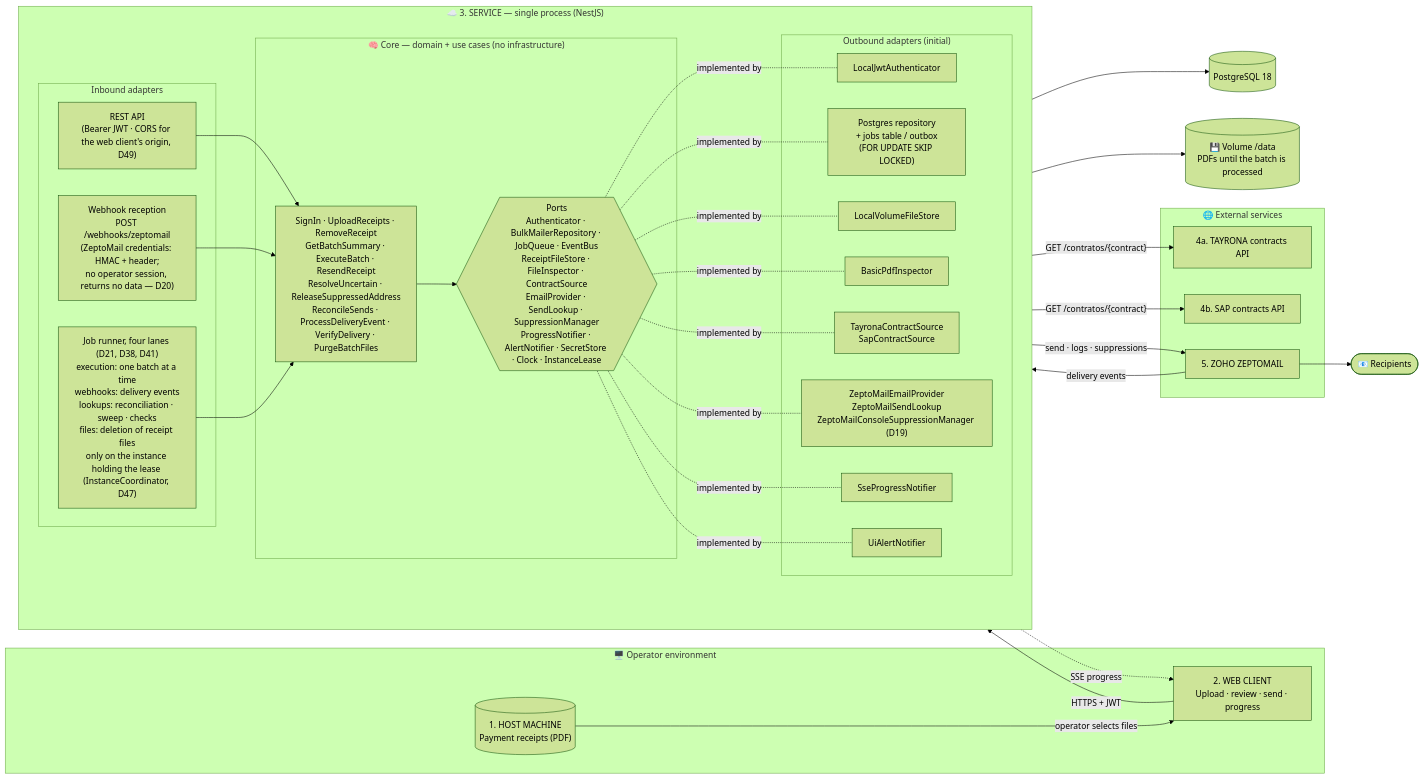
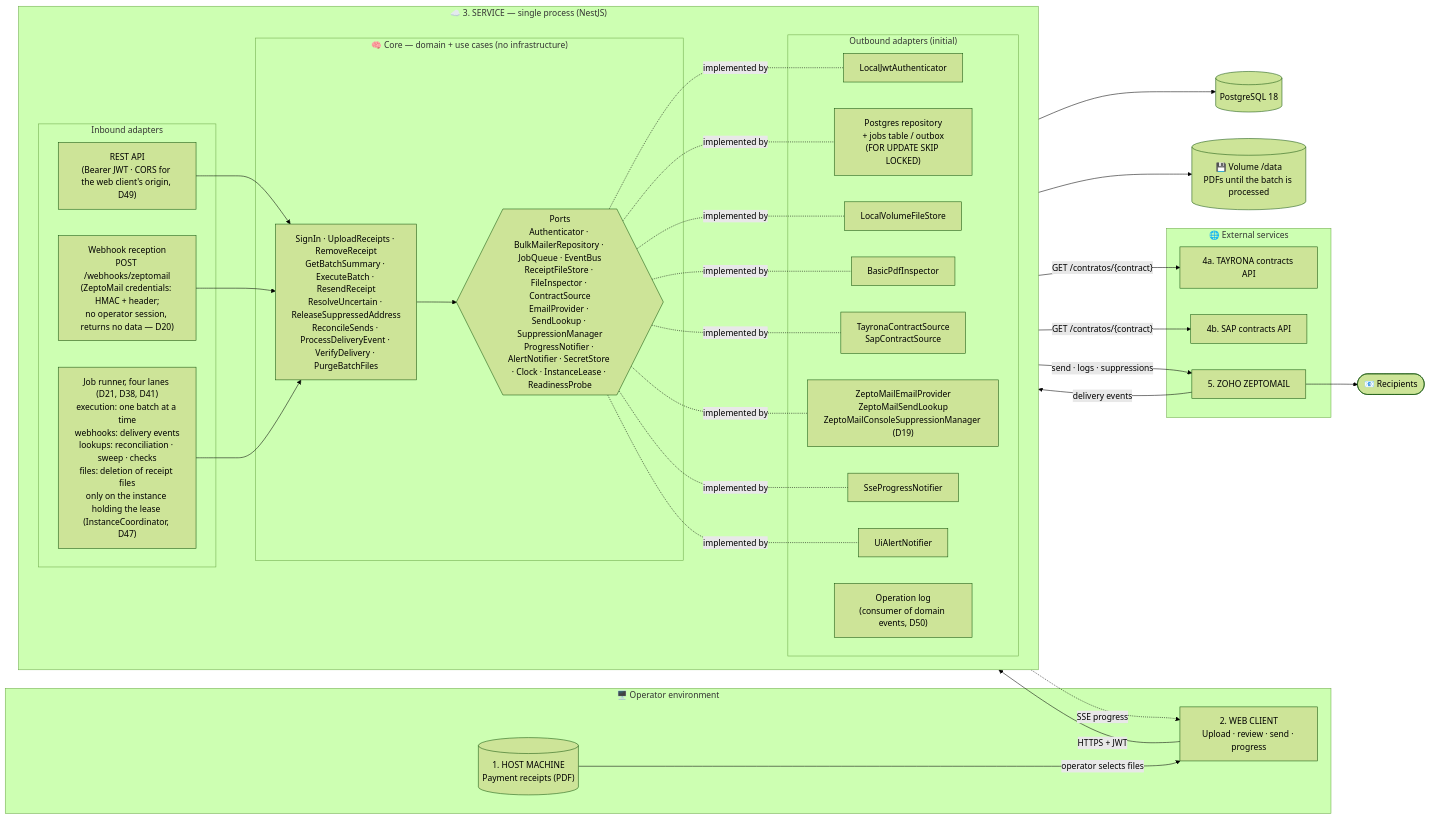
Before and after one commit to Ramioy/bulk-mailer-backend: the first of 6 diagrams in docs/architecture/arquitectura.md, drawn with Mermaid (forest theme). The commit also changed other lines of this file and 3 other files, not shown here.

````diff
--- a/docs/architecture/arquitectura.md
+++ b/docs/architecture/arquitectura.md
@@ -9,54 +9,55 @@
 ```mermaid
 flowchart LR
     subgraph USR["🖥️ Operator environment"]
         HOST[("1. HOST MACHINE<br/>Payment receipts (PDF)")]
         WEB["2. WEB CLIENT<br/>Upload · review · send · progress"]
     end
 
     subgraph SVC["☁️ 3. SERVICE — single process (NestJS)"]
         direction LR
         subgraph IN["Inbound adapters"]
             REST["REST API<br/>(Bearer JWT · CORS for the web client's origin, D49)"]
             WH["Webhook reception<br/>POST /webhooks/zeptomail<br/>(ZeptoMail credentials: HMAC + header;<br/>no operator session, returns no data — D20)"]
             RUN["Job runner, four lanes (D21, D38, D41)<br/>execution: one batch at a time<br/>webhooks: delivery events<br/>lookups: reconciliation · sweep · checks<br/>files: deletion of receipt files<br/>only on the instance holding the lease (InstanceCoordinator, D47)"]
         end
 
         subgraph CORE["🧠 Core — domain + use cases (no infrastructure)"]
             UC["SignIn · UploadReceipts · RemoveReceipt<br/>GetBatchSummary · ExecuteBatch · ResendReceipt<br/>ResolveUncertain · ReleaseSuppressedAddress<br/>ReconcileSends · ProcessDeliveryEvent · VerifyDelivery · PurgeBatchFiles"]
-            PORTS{{"Ports<br/>Authenticator · BulkMailerRepository · JobQueue · EventBus<br/>ReceiptFileStore · FileInspector · ContractSource<br/>EmailProvider · SendLookup · SuppressionManager<br/>ProgressNotifier · AlertNotifier · SecretStore · Clock · InstanceLease"}}
+            PORTS{{"Ports<br/>Authenticator · BulkMailerRepository · JobQueue · EventBus<br/>ReceiptFileStore · FileInspector · ContractSource<br/>EmailProvider · SendLookup · SuppressionManager<br/>ProgressNotifier · AlertNotifier · SecretStore · Clock · InstanceLease · ReadinessProbe"}}
         end
 
         subgraph OUT["Outbound adapters (initial)"]
             A_AUTH["LocalJwtAuthenticator"]
             A_PG["Postgres repository<br/>+ jobs table / outbox<br/>(FOR UPDATE SKIP LOCKED)"]
             A_FS["LocalVolumeFileStore"]
             A_INS["BasicPdfInspector"]
             A_SRC["TayronaContractSource<br/>SapContractSource"]
             A_ZM["ZeptoMailEmailProvider<br/>ZeptoMailSendLookup<br/>ZeptoMailConsoleSuppressionManager (D19)"]
             A_SSE["SseProgressNotifier"]
             A_AL["UiAlertNotifier"]
+            A_LOG["Operation log<br/>(consumer of domain events, D50)"]
         end
     end
 
     PG[("PostgreSQL 18")]
     VOL[("💾 Volume /data<br/>PDFs until the batch is processed")]
 
     subgraph EXT["🌐 External services"]
         TAY["4a. TAYRONA contracts API"]
         SAP["4b. SAP contracts API"]
         ZM["5. ZOHO ZEPTOMAIL"]
     end
     DEST(["📧 Recipients"])
 
     HOST -- "operator selects files" --> WEB
     WEB -- "HTTPS + JWT" --> REST
     A_SSE -. "SSE progress" .-> WEB
     ZM -- "delivery events" --> WH
     REST & WH & RUN --> UC --> PORTS
     PORTS -.implemented by.- A_AUTH & A_PG & A_FS & A_INS & A_SRC & A_ZM & A_SSE & A_AL
     A_PG --> PG
     A_FS --> VOL
     A_SRC -- "GET /contratos/{contract}" --> TAY & SAP
     A_ZM -- "send · logs · suppressions" --> ZM
     ZM --> DEST
 ```
````
